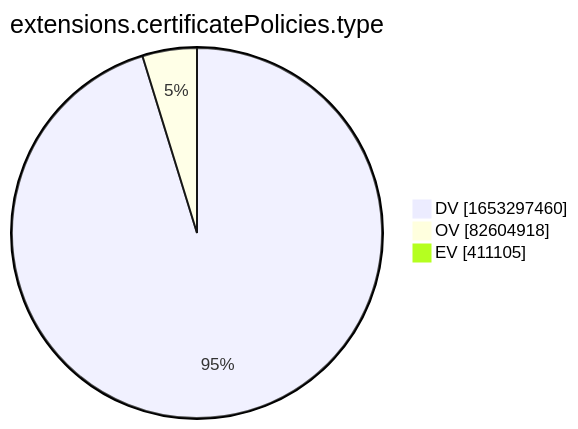
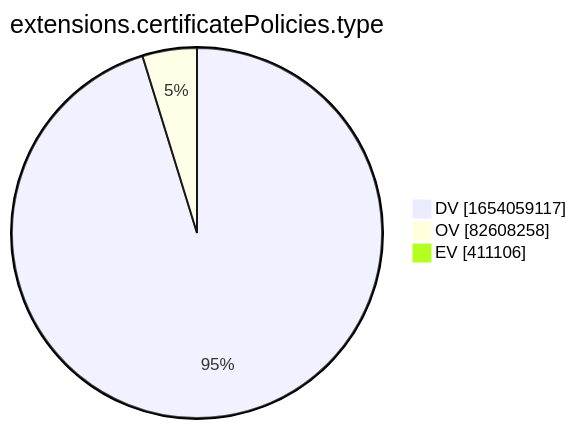
Before and after one commit to christiankrug/ctmonitor_visualization: the tenth of 15 diagrams in xenon2022/README.md, drawn with Mermaid. The commit also changed other lines of this file, not shown here.

````diff
--- a/xenon2022/README.md
+++ b/xenon2022/README.md
@@ -2880,7 +2880,7 @@
 ```mermaid
 pie showData
 title extensions.certificatePolicies.type
-"DV" :1653297460
-"OV" :82604918
-"EV" :411105
+"DV" :1654059117
+"OV" :82608258
+"EV" :411106
 ```
````
